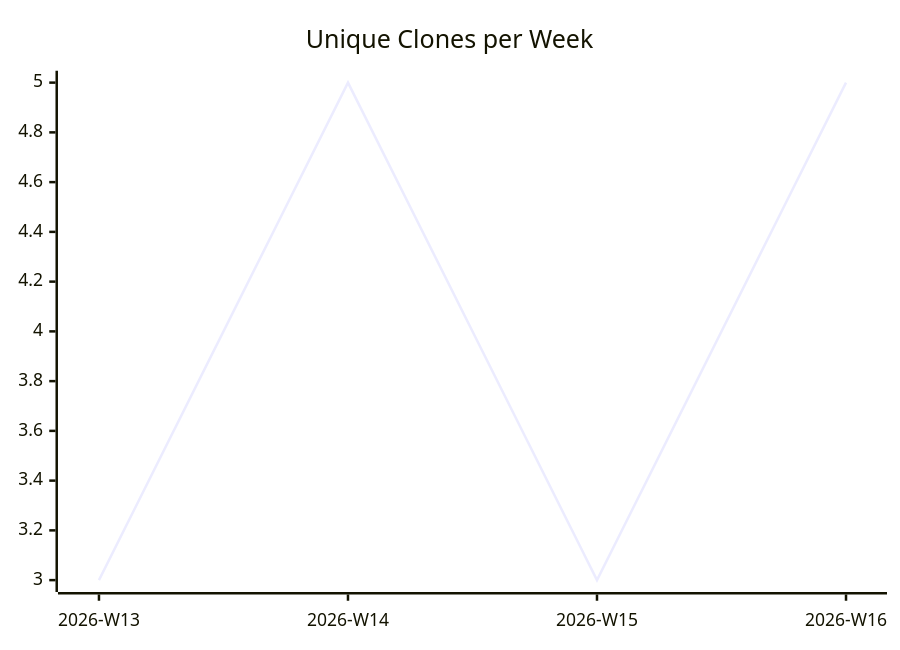
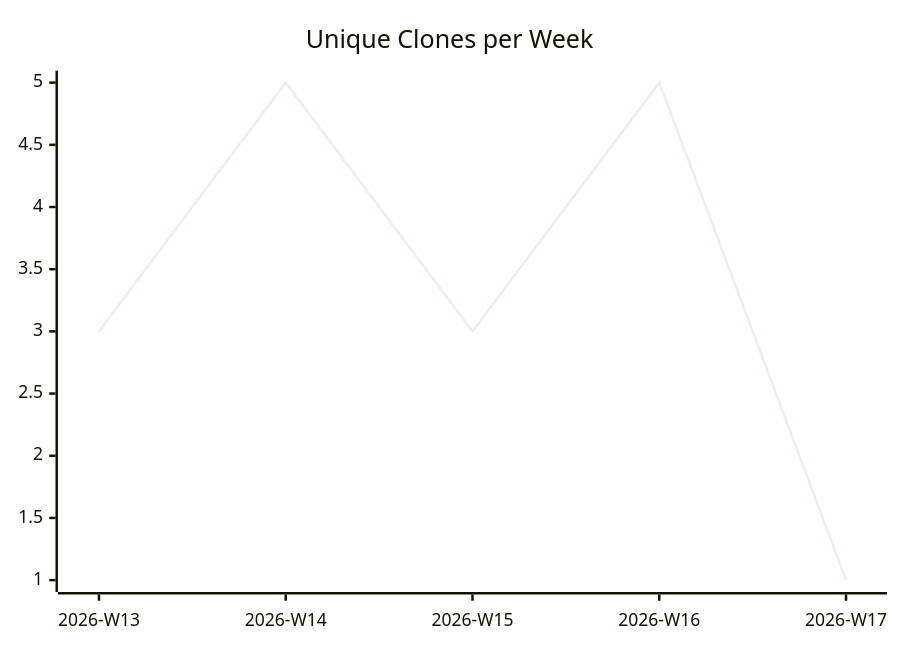
One commit to justdavis-family/github-analytics-data changed the third of 3 diagrams in karlmdavis/ansible-role-bind-dns/README.md. Above: the diagram before and after it, drawn with Mermaid. The commit also changed other lines of this file and 192 other files, not shown here.

````diff
--- a/karlmdavis/ansible-role-bind-dns/README.md
+++ b/karlmdavis/ansible-role-bind-dns/README.md
@@ -19,6 +19,6 @@
 ```mermaid
 xychart-beta
   title "Unique Clones per Week"
-  x-axis ["2026-W13", "2026-W14", "2026-W15", "2026-W16"]
-  line [3, 5, 3, 5]
+  x-axis ["2026-W13", "2026-W14", "2026-W15", "2026-W16", "2026-W17"]
+  line [3, 5, 3, 5, 1]
 ```
````
